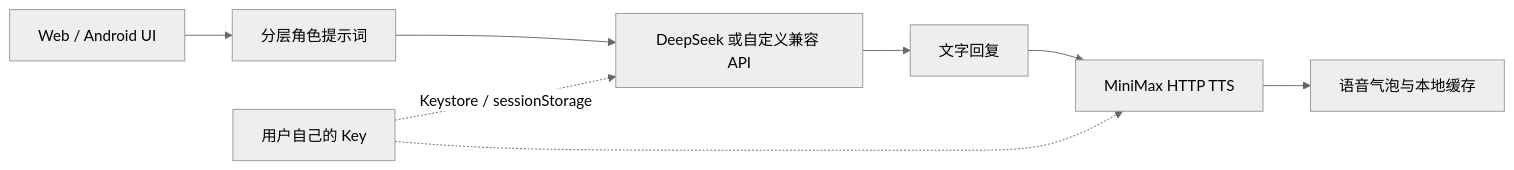
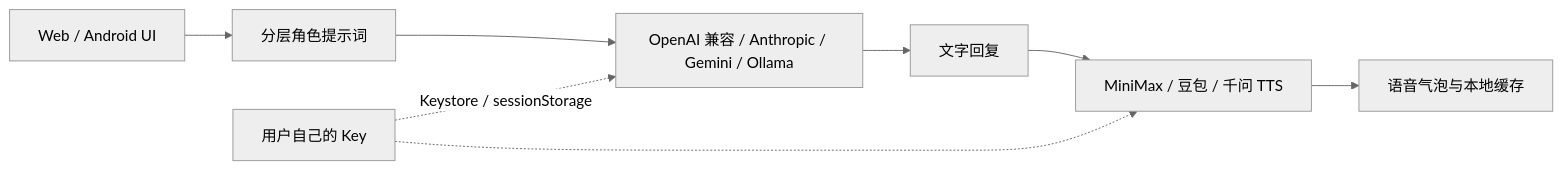
The diagram in README.md (KaimeranFeran/ElainaChat-Open), drawn with Mermaid (neutral theme) before and after one commit. The commit also changed other lines of this file and 8 other files, not shown here.

````diff
--- a/README.md
+++ b/README.md
@@ -61,10 +61,10 @@
 ```mermaid
 flowchart LR
     UI[Web / Android UI] --> Prompt[分层角色提示词]
-    Prompt --> Chat[DeepSeek 或自定义兼容 API]
+    Prompt --> Chat[OpenAI 兼容 / Anthropic / Gemini / Ollama]
     Chat --> Reply[文字回复]
-    Reply --> TTS[MiniMax HTTP TTS]
+    Reply --> TTS[MiniMax / 豆包 / 千问 TTS]
     TTS --> Audio[语音气泡与本地缓存]
     Secrets[用户自己的 Key] -. Keystore / sessionStorage .-> Chat
     Secrets -.-> TTS
 ```
````
